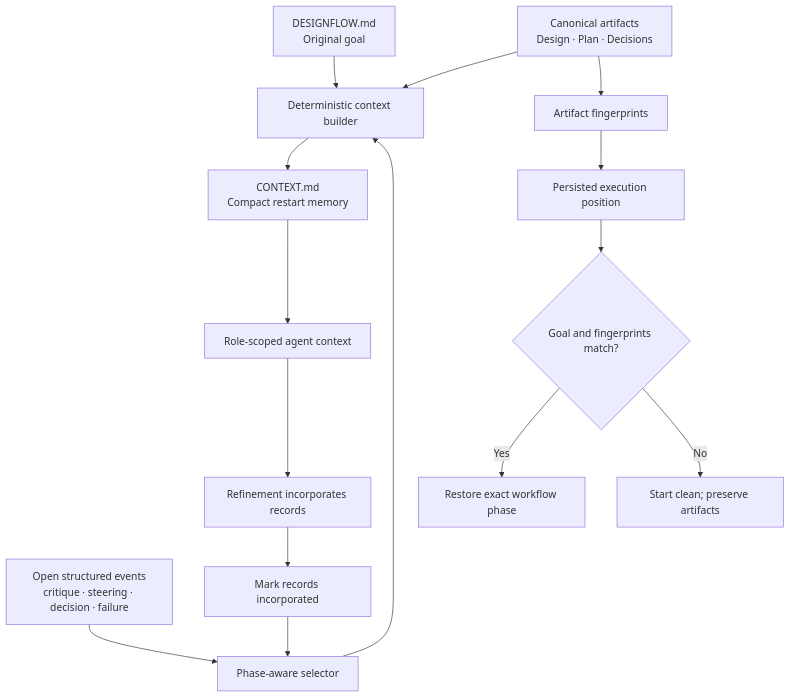
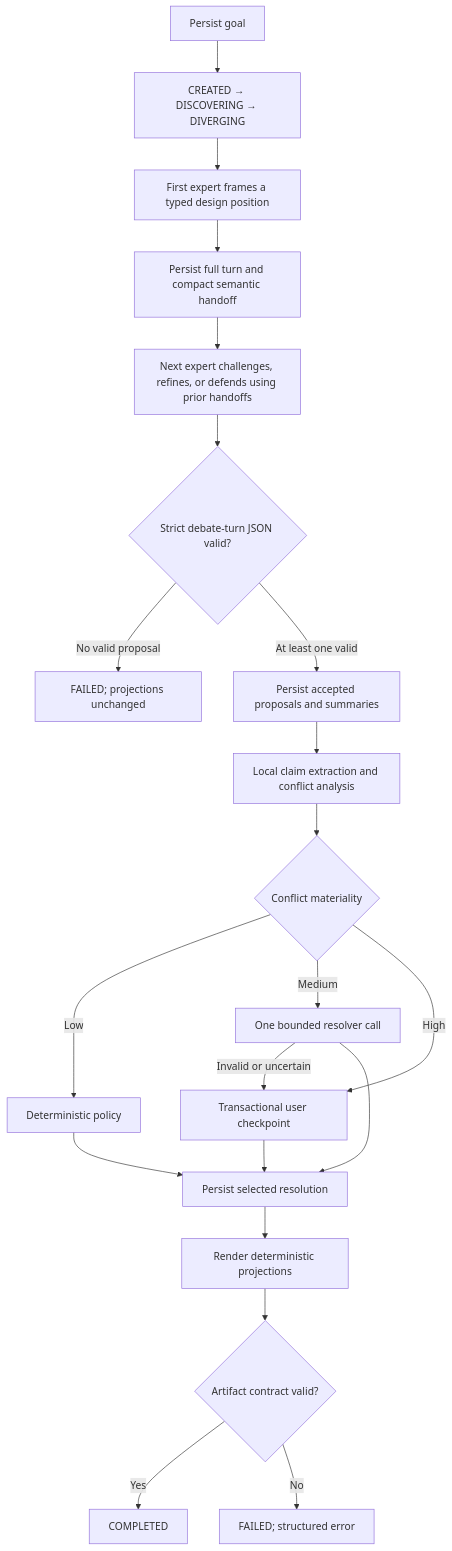
Before and after one commit to ankurv/DesignFlow: the third of 4 diagrams in docs/ARCHITECTURE.md, drawn with Mermaid. The commit also changed other lines of this file and 47 other files, not shown here.

````diff
--- a/docs/ARCHITECTURE.md
+++ b/docs/ARCHITECTURE.md
@@ -215,17 +187,23 @@
 ```mermaid
 flowchart TD
-    Goal["DESIGNFLOW.md\nOriginal goal"] --> Build["Deterministic context builder"]
-    Canon["Canonical artifacts\nDesign · Plan · Decisions"] --> Build
-    Events["Open structured events\ncritique · steering · decision · failure"] --> Select["Phase-aware selector"]
-    Select --> Build
-    Build --> Context["CONTEXT.md\nCompact restart memory"]
-    Context --> Agent["Role-scoped agent context"]
-    Canon --> Fingerprint["Artifact fingerprints"]
-    Fingerprint --> RunState["Persisted execution position"]
-    RunState --> Match{"Goal and fingerprints match?"}
-    Match -->|Yes| Resume["Restore exact workflow phase"]
-    Match -->|No| Fresh["Start clean; preserve artifacts"]
-    Agent --> Refine["Refinement incorporates records"]
-    Refine --> Close["Mark records incorporated"]
-    Close --> Select
+    Goal["Persist goal"] --> Discover["CREATED → DISCOVERING → DIVERGING"]
+    Discover --> First["First expert frames a typed design position"]
+    First --> Handoff["Persist full turn and compact semantic handoff"]
+    Handoff --> Next["Next expert challenges, refines, or defends using prior handoffs"]
+    Next --> Parse{"Strict debate-turn JSON valid?"}
+    Parse -->|No valid proposal| Fail["FAILED; projections unchanged"]
+    Parse -->|At least one valid| Save["Persist accepted proposals and summaries"]
+    Save --> Analyze["Local claim extraction and conflict analysis"]
+    Analyze --> Materiality{"Conflict materiality"}
+    Materiality -->|Low| Deterministic["Deterministic policy"]
+    Materiality -->|Medium| Resolver["One bounded resolver call"]
+    Resolver -->|Invalid or uncertain| Checkpoint
+    Materiality -->|High| Checkpoint["Transactional user checkpoint"]
+    Checkpoint --> Accepted["Persist selected resolution"]
+    Deterministic --> Accepted
+    Resolver --> Accepted
+    Accepted --> Project["Render deterministic projections"]
+    Project --> Gate{"Artifact contract valid?"}
+    Gate -->|Yes| Complete["COMPLETED"]
+    Gate -->|No| Invalid["FAILED; structured error"]
 ```
````
